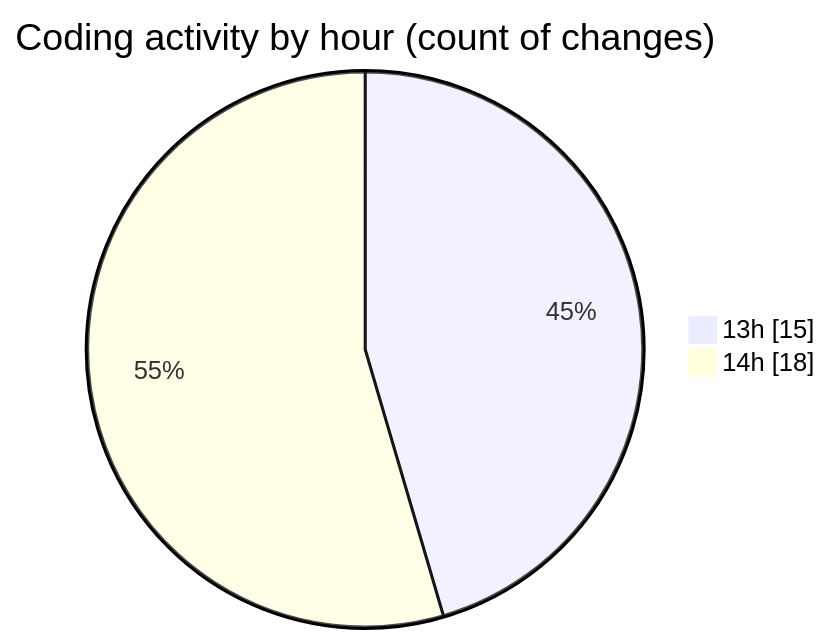
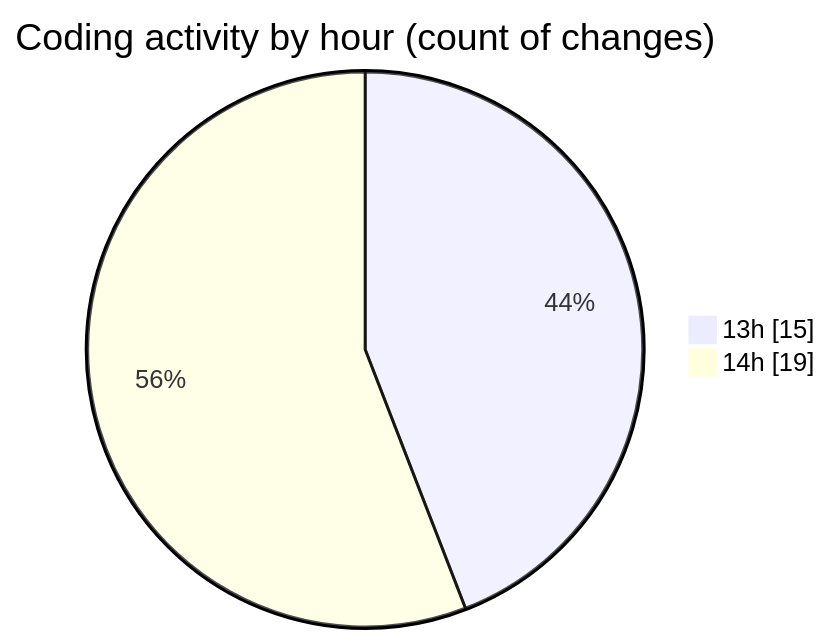
One commit to idhammustaqopulfikri/code-tracking changed the second of 2 diagrams in 2025-05-15/bookingpodcas/README.md. Above: the diagram before and after it, drawn with Mermaid. The commit also changed other lines of this file and 1 other file, not shown here.

````diff
--- a/2025-05-15/bookingpodcas/README.md
+++ b/2025-05-15/bookingpodcas/README.md
@@ -36,6 +36,6 @@
 ```mermaid
 pie showData
 title Coding activity by hour (count of changes)
 "13h" : 15
-"14h" : 18
+"14h" : 19
 ```
````
